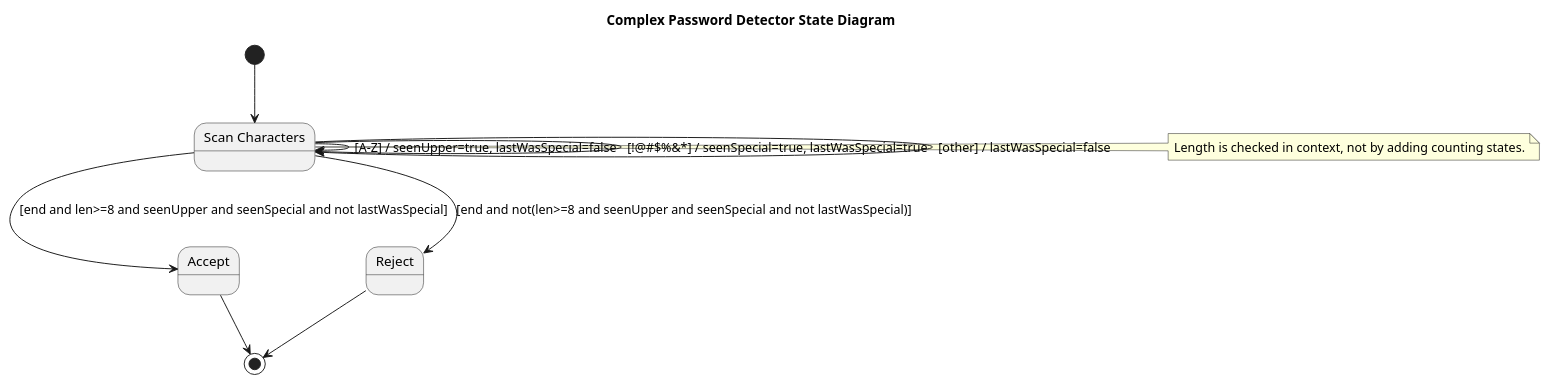
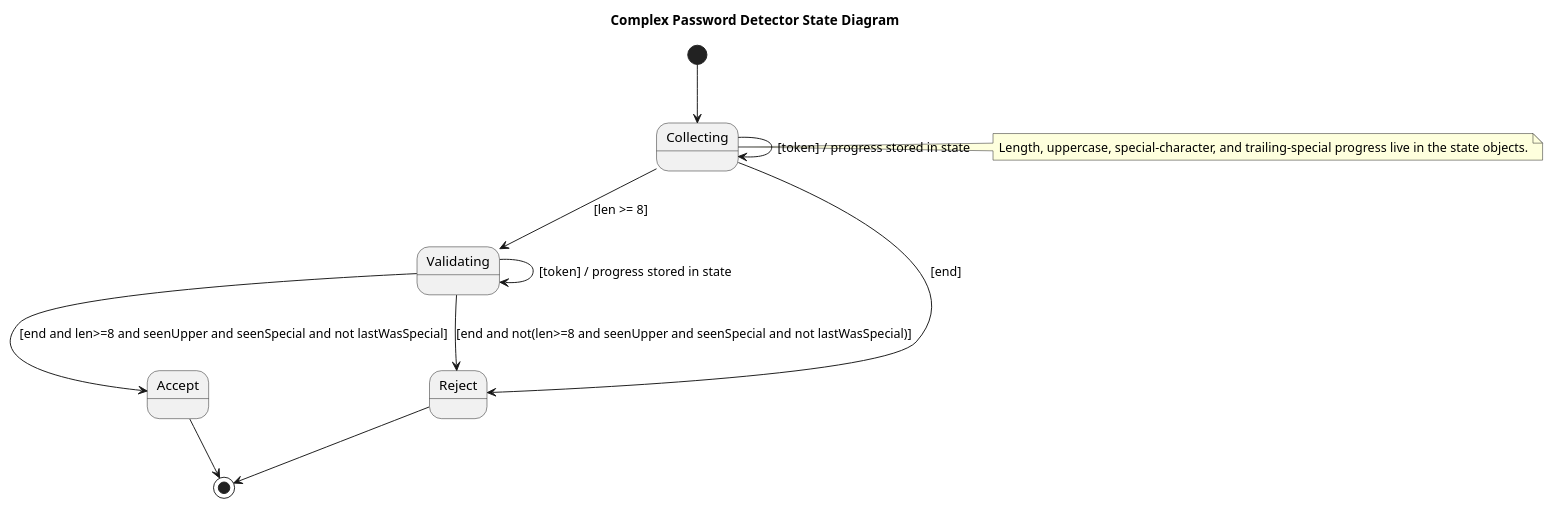
Before and after one commit to dmmecham/regular-expression-state-machine: the diagram in uml/Password.puml, drawn with PlantUML. The commit also changed 7 other files, not shown here.

```diff
--- a/uml/Password.puml
+++ b/uml/Password.puml
@@ -1,23 +1,25 @@
 @startuml PasswordStateMachine
 title Complex Password Detector State Diagram
 
-state "Scan Characters" as Scan
+state "Collecting" as Collecting
+state "Validating" as Validating
 state "Accept" as Accept
 state "Reject" as Reject
 
-[*] --> Scan
+[*] --> Collecting
 
-Scan --> Scan : [A-Z] / seenUpper=true, lastWasSpecial=false
-Scan --> Scan : [!@#$%&*] / seenSpecial=true, lastWasSpecial=true
-Scan --> Scan : [other] / lastWasSpecial=false
+Collecting --> Collecting : [token] / progress stored in state
+Collecting --> Validating : [len >= 8]
+Validating --> Validating : [token] / progress stored in state
 
-Scan --> Accept : [end and len>=8 and seenUpper and seenSpecial and not lastWasSpecial]
-Scan --> Reject : [end and not(len>=8 and seenUpper and seenSpecial and not lastWasSpecial)]
+Collecting --> Reject : [end]
+Validating --> Accept : [end and len>=8 and seenUpper and seenSpecial and not lastWasSpecial]
+Validating --> Reject : [end and not(len>=8 and seenUpper and seenSpecial and not lastWasSpecial)]
 
 Accept --> [*]
 Reject --> [*]
 
-note right of Scan
-Length is checked in context, not by adding counting states.
+note right of Collecting
+Length, uppercase, special-character, and trailing-special progress live in the state objects.
 end note
 @enduml
```
